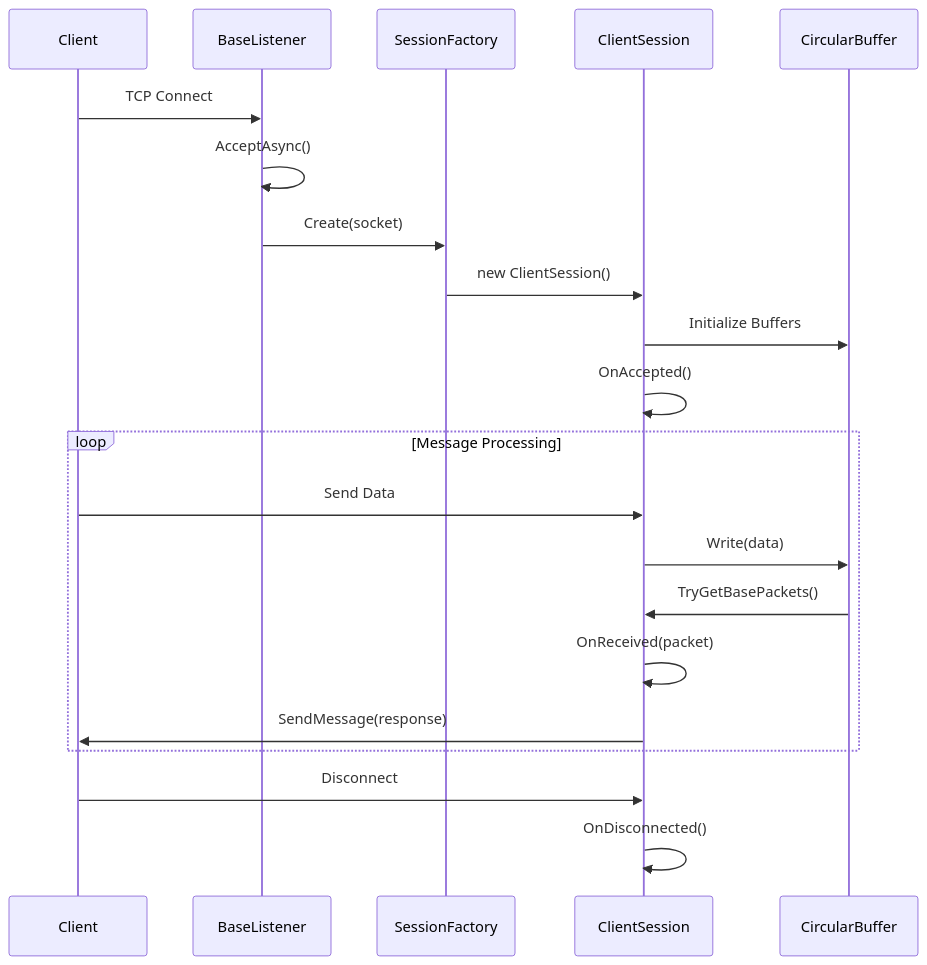
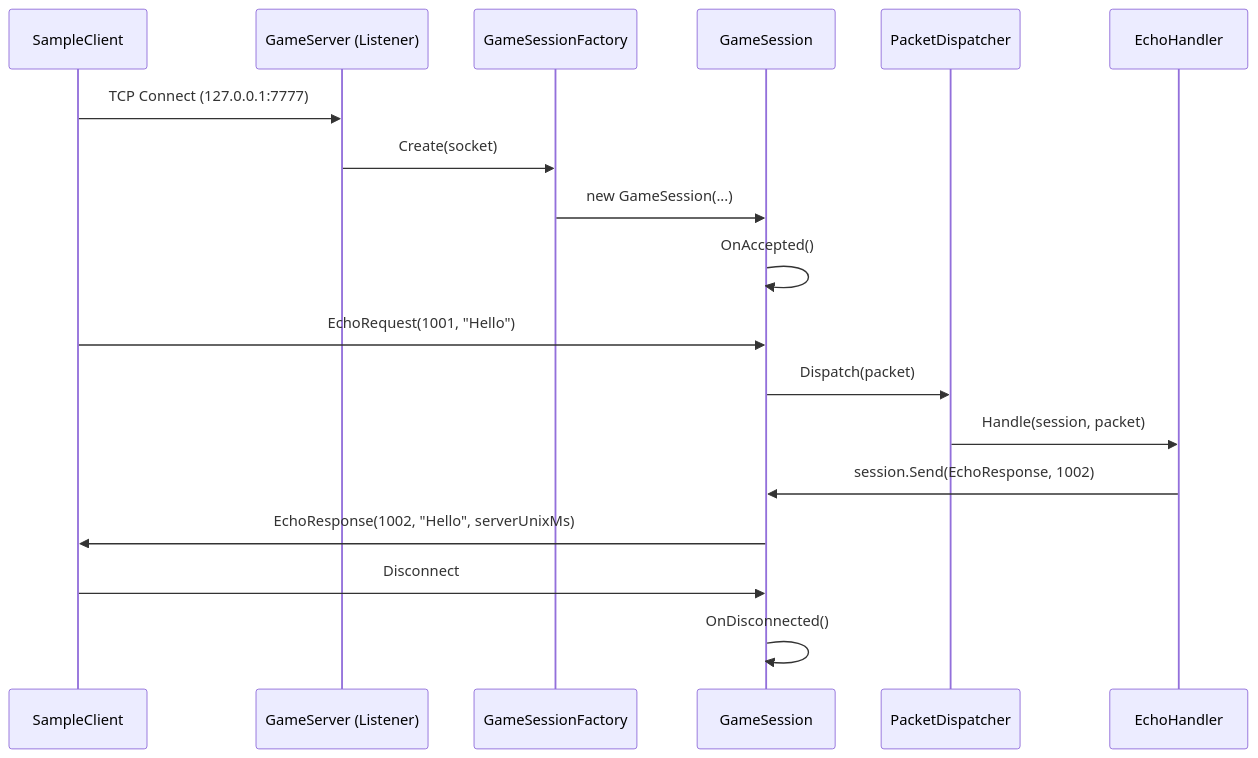
One commit to boinred/FastPortSharp changed the second of 2 diagrams in README.ko.md. Above: the diagram before and after it, drawn with Mermaid. The commit also changed other lines of this file and 38 other files, not shown here.

First line of the commit message:
Add FastPortGameServerTemplate game server starter

````diff
--- a/README.ko.md
+++ b/README.ko.md
@@ -172,26 +278,21 @@
 ```mermaid
 sequenceDiagram
-    participant C as Client
-    participant L as BaseListener
-    participant SF as SessionFactory
-    participant S as ClientSession
-    participant B as CircularBuffer
-    
-    C->>L: TCP Connect
-    L->>L: AcceptAsync()
+    participant C as SampleClient
+    participant L as GameServer (Listener)
+    participant SF as GameSessionFactory
+    participant S as GameSession
+    participant D as PacketDispatcher
+    participant H as EchoHandler
+
+    C->>L: TCP Connect (127.0.0.1:7777)
     L->>SF: Create(socket)
-    SF->>S: new ClientSession()
-    S->>B: Initialize Buffers
+    SF->>S: new GameSession(...)
     S->>S: OnAccepted()
-    
-    loop Message Processing
-        C->>S: Send Data
-        S->>B: Write(data)
-        B->>S: TryGetBasePackets()
-        S->>S: OnReceived(packet)
-        S->>C: SendMessage(response)
-    end
-    
+    C->>S: EchoRequest(1001, "Hello")
+    S->>D: Dispatch(packet)
+    D->>H: Handle(session, packet)
+    H->>S: session.Send(EchoResponse, 1002)
+    S->>C: EchoResponse(1002, "Hello", serverUnixMs)
     C->>S: Disconnect
     S->>S: OnDisconnected()
 ```
````
